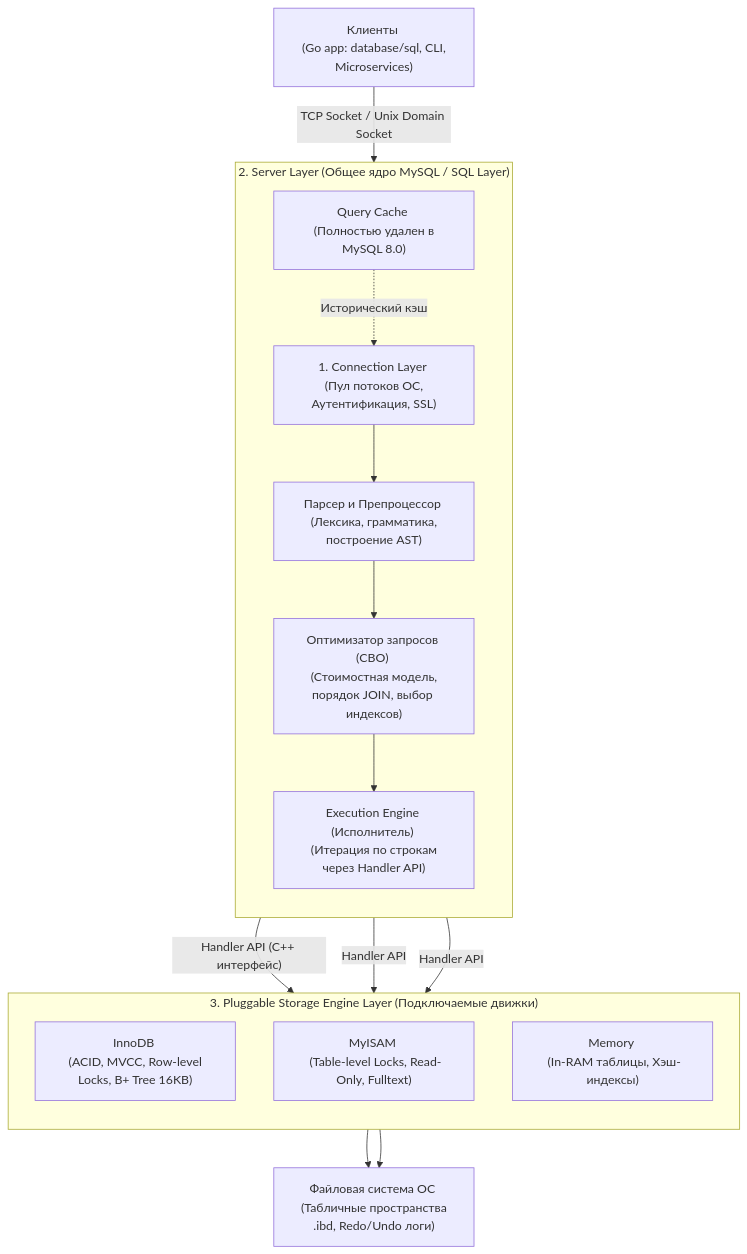
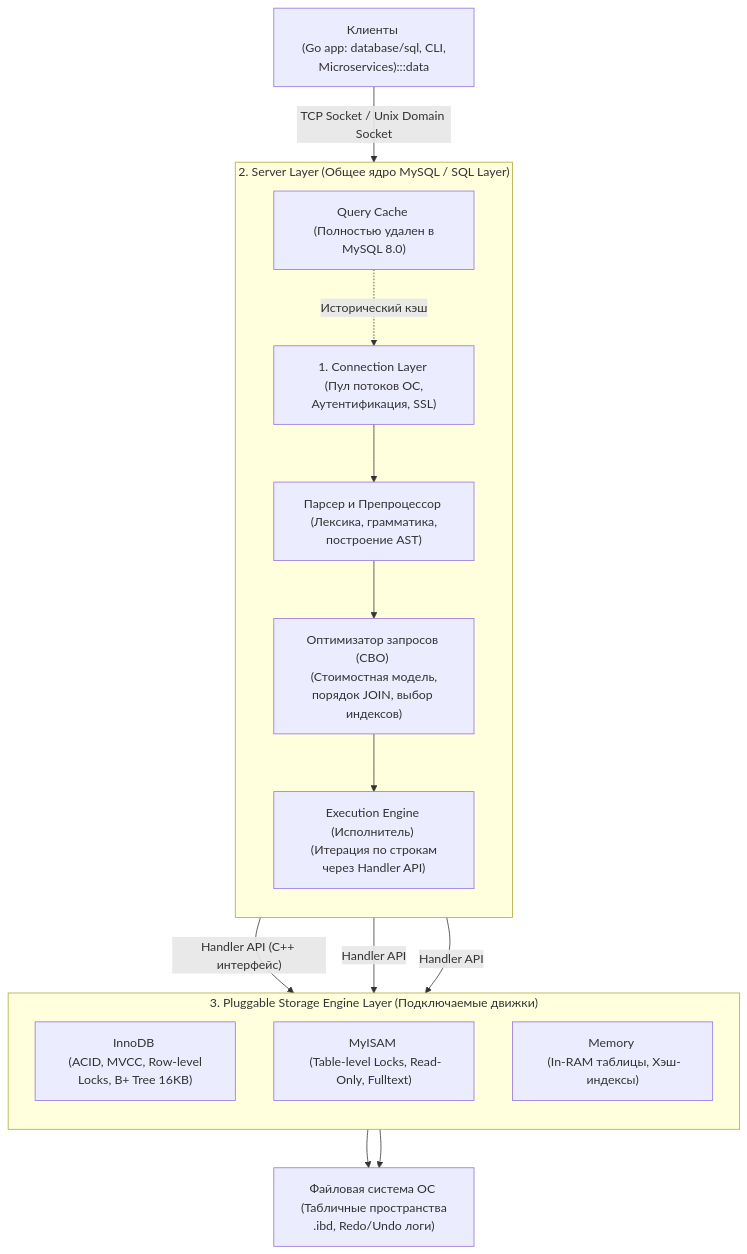
Before and after one commit to UnrealTemplier/go-textbook: the first of 2 diagrams in sources/12. Базы данных/07. MySQL и форки/1. Архитектура MySQL.md, drawn with Mermaid. The commit also changed other lines of this file and 1666 other files, not shown here.

First line of the commit message:
feat(mermaid): add semantic color classDef to 1369 colorless flowchart/graph diagrams

````diff
--- a/sources/12. Базы данных/07. MySQL и форки/1. Архитектура MySQL.md
+++ b/sources/12. Базы данных/07. MySQL и форки/1. Архитектура MySQL.md
@@ -15,22 +15,32 @@
 ```mermaid
 flowchart TD
-    Client["Клиенты <br> (Go app: database/sql, CLI, Microservices)"] -->|"TCP Socket / Unix Domain Socket"| ConnLayer["1. Connection Layer <br> (Пул потоков ОС, Аутентификация, SSL)"]
+    classDef process  fill:#1e293b,stroke:#38bdf8,stroke-width:1px,color:#f8fafc
+    classDef success  fill:#064e3b,stroke:#34d399,stroke-width:1px,color:#f8fafc
+    classDef error    fill:#7f1d1d,stroke:#f87171,stroke-width:1px,color:#f8fafc
+    classDef warning  fill:#78350f,stroke:#fbbf24,stroke-width:1px,color:#f8fafc
+    classDef entry    fill:#1e3a5f,stroke:#38bdf8,stroke-width:2px,color:#f8fafc
+    classDef aux      fill:#334155,stroke:#64748b,stroke-width:1px,color:#f8fafc
+    classDef system   fill:#312e81,stroke:#a78bfa,stroke-width:1px,color:#f8fafc
+    classDef data     fill:#132d29,stroke:#2dd4bf,stroke-width:1px,color:#f8fafc
+    classDef network  fill:#881337,stroke:#fb7185,stroke-width:1px,color:#f8fafc
+    classDef accent   fill:#1e1b4b,stroke:#818cf8,stroke-width:1px,color:#f8fafc
+    Client["Клиенты <br> (Go app: database/sql, CLI, Microservices):::data"] -->|"TCP Socket / Unix Domain Socket"| ConnLayer["1. Connection Layer <br> (Пул потоков ОС, Аутентификация, SSL)"]
     
     subgraph ServerLayer ["2. Server Layer (Общее ядро MySQL / SQL Layer)"]
         direction TB
         ConnLayer --> Parser["Парсер и Препроцессор <br> (Лексика, грамматика, построение AST)"]
         Parser --> Optimizer["Оптимизатор запросов (CBO) <br> (Стоимостная модель, порядок JOIN, выбор индексов)"]
         Optimizer --> Execution["Execution Engine (Исполнитель) <br> (Итерация по строкам через Handler API)"]
         Cache["Query Cache <br> (Полностью удален в MySQL 8.0)"] -.->|"Исторический кэш"| ConnLayer
     end
     
     subgraph StorageEngineLayer ["3. Pluggable Storage Engine Layer (Подключаемые движки)"]
         direction TB
         Execution -->|"Handler API (C++ интерфейс)"| InnoDB["InnoDB <br> (ACID, MVCC, Row-level Locks, B+ Tree 16KB)"]
         Execution -->|"Handler API"| MyISAM["MyISAM <br> (Table-level Locks, Read-Only, Fulltext)"]
         Execution -->|"Handler API"| Memory["Memory <br> (In-RAM таблицы, Хэш-индексы)"]
     end
     
     InnoDB --> FS["Файловая система ОС <br> (Табличные пространства .ibd, Redo/Undo логи)"]
     MyISAM --> FS
 ```
````
